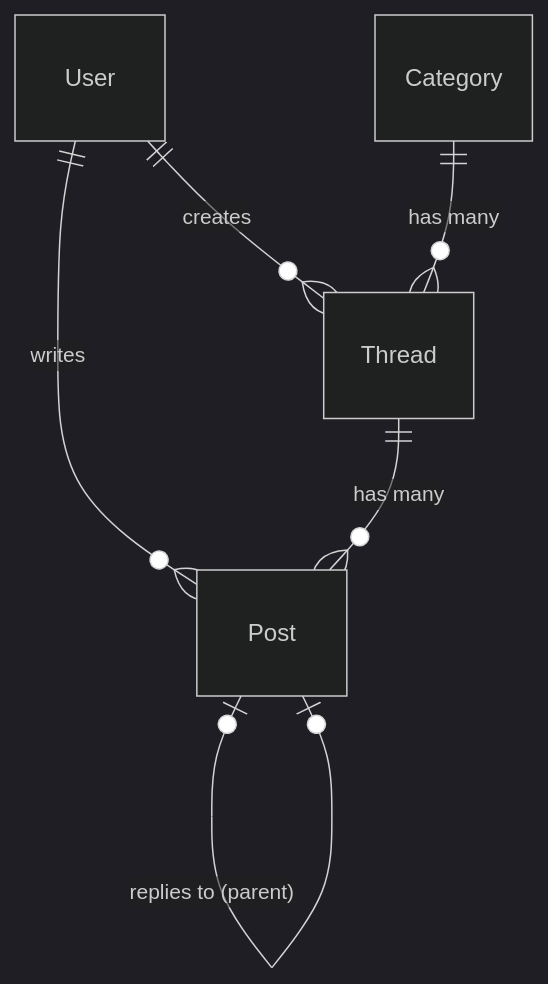
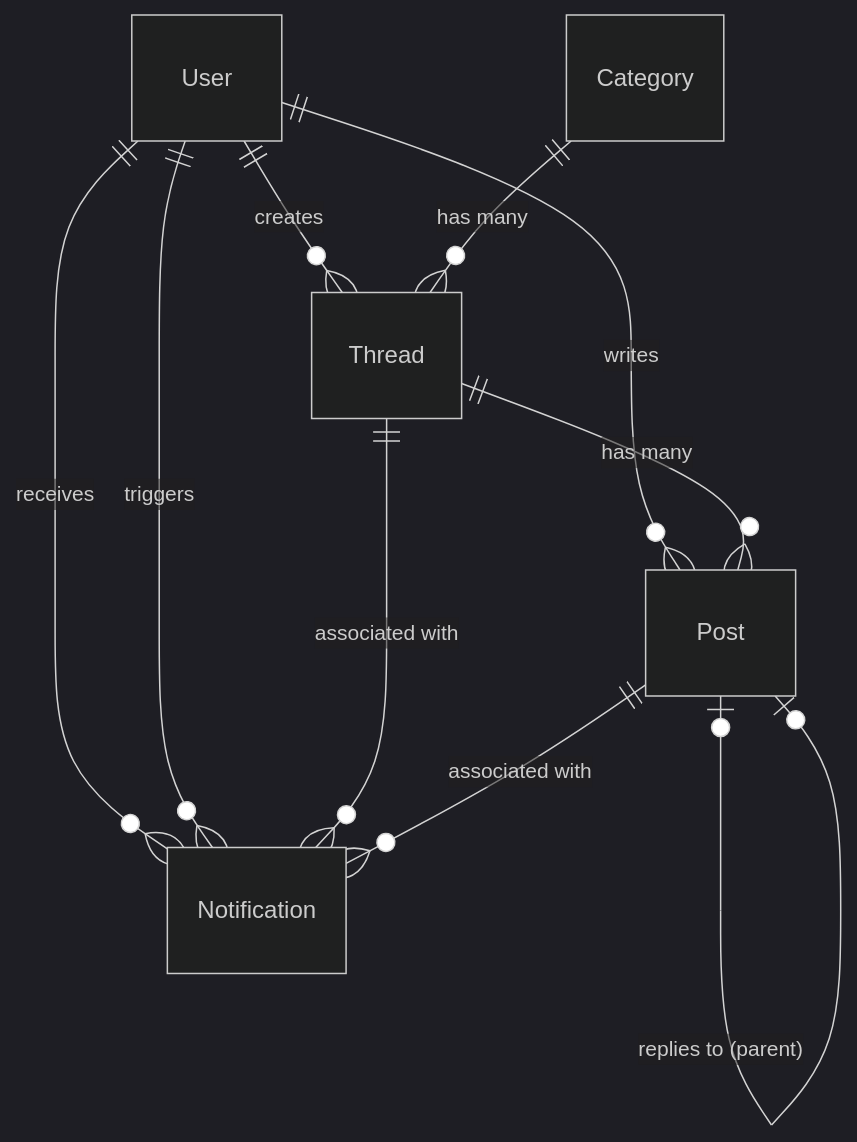
The second of 2 diagrams in docs/architecture.md (denden-dr/net-forum), drawn with Mermaid (dark theme) before and after one commit. The commit also changed other lines of this file and 4 other files, not shown here.

Commit message:
docs: update system design, architecture diagrams, testing guides, and API specs for notifications

````diff
--- a/docs/architecture.md
+++ b/docs/architecture.md
@@ -47,8 +47,12 @@
 ```mermaid
 erDiagram
     User ||--o{ Thread : "creates"
     User ||--o{ Post : "writes"
+    User ||--o{ Notification : "receives"
+    User ||--o{ Notification : "triggers"
     Category ||--o{ Thread : "has many"
     Thread ||--o{ Post : "has many"
+    Thread ||--o{ Notification : "associated with"
+    Post ||--o{ Notification : "associated with"
     Post |o--o| Post : "replies to (parent)"
 ```
````
